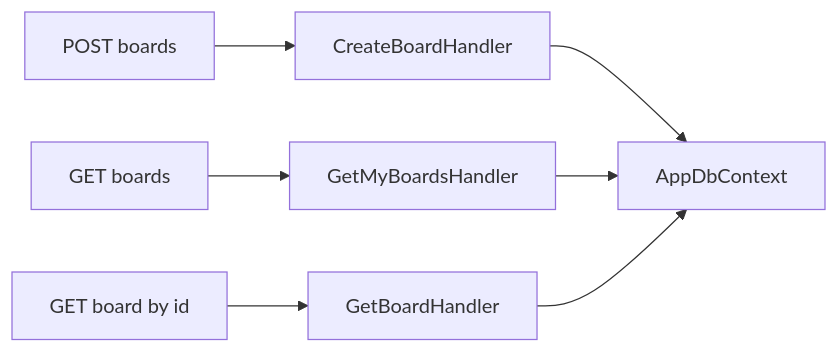
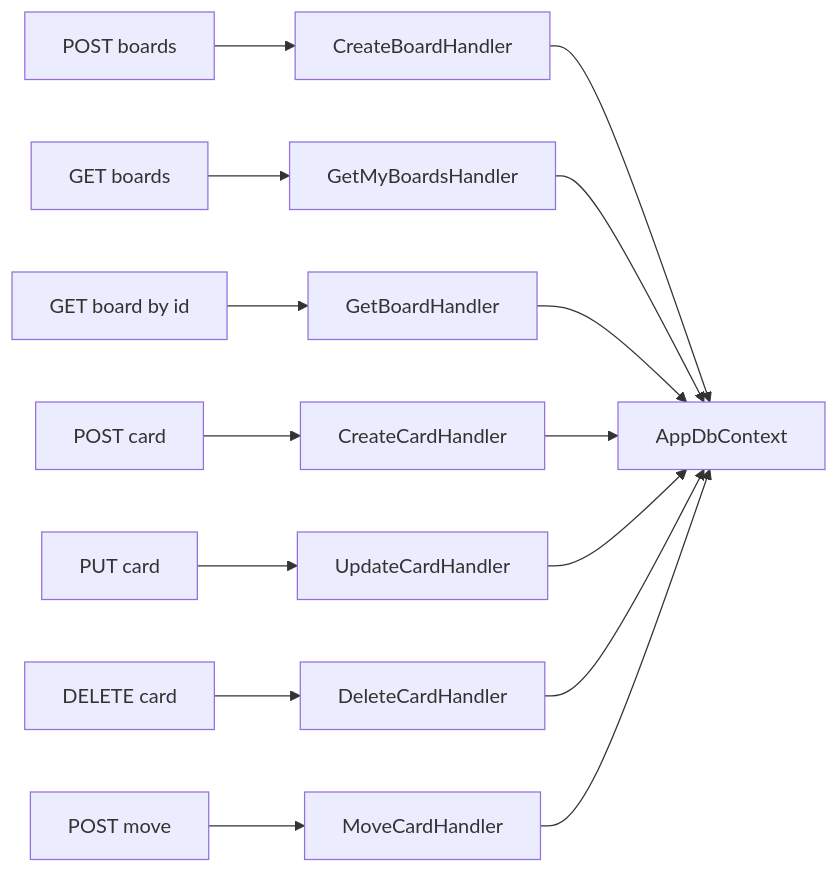
The first of 2 diagrams in docs/api.md (justarunsthing/Relay), drawn with Mermaid before and after one commit. The commit also changed other lines of this file and 9 other files, not shown here.

Commit message:
Add card create, update, delete, and move with column reindexing.

````diff
--- a/docs/api.md
+++ b/docs/api.md
@@ -7,9 +7,17 @@
 ```mermaid
 flowchart LR
     postBoard[POST boards] --> createHandler[CreateBoardHandler]
     getBoards[GET boards] --> listHandler[GetMyBoardsHandler]
     getBoard[GET board by id] --> readHandler[GetBoardHandler]
+    postCard[POST card] --> createCard[CreateCardHandler]
+    putCard[PUT card] --> updateCard[UpdateCardHandler]
+    deleteCard[DELETE card] --> deleteHandler[DeleteCardHandler]
+    moveCard[POST move] --> moveHandler[MoveCardHandler]
     createHandler --> db[AppDbContext]
     listHandler --> db
     readHandler --> db
+    createCard --> db
+    updateCard --> db
+    deleteHandler --> db
+    moveHandler --> db
 ```
````
